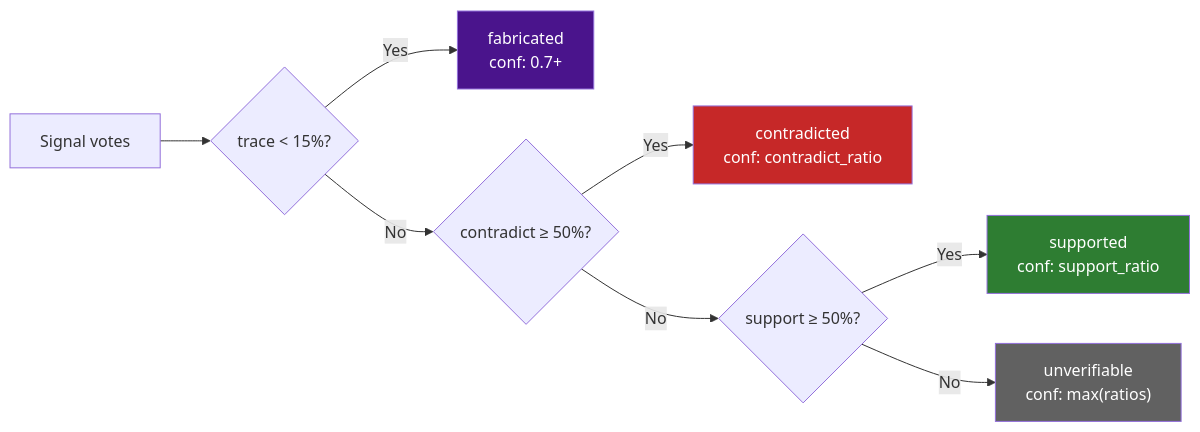
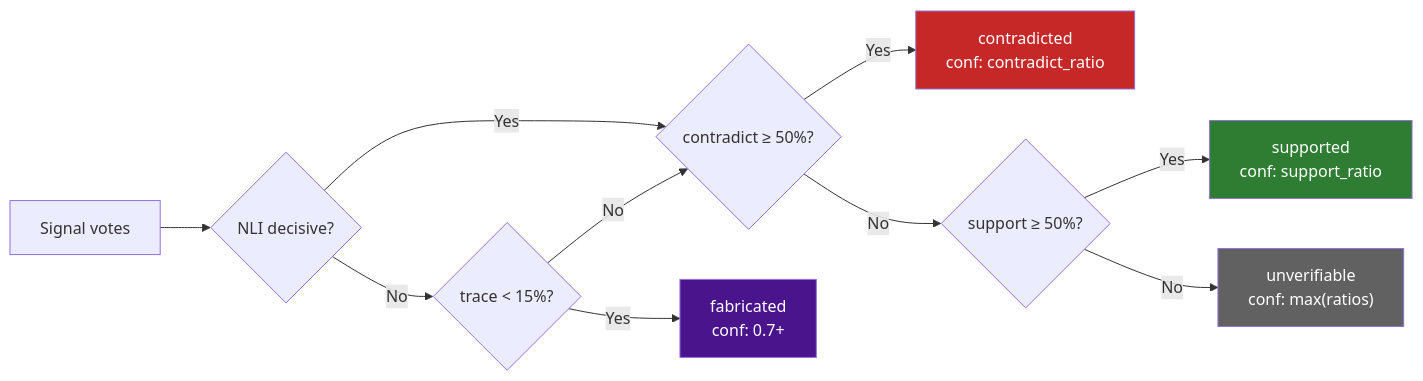
The second of 2 diagrams in docs-site/api/verified-scorer.md (anulum/director-ai), drawn with Mermaid before and after one commit. The commit also changed other lines of this file and 2 other files, not shown here.

````diff
--- a/docs-site/api/verified-scorer.md
+++ b/docs-site/api/verified-scorer.md
@@ -159,15 +177,17 @@
 ```mermaid
 graph LR
-    SIG["Signal votes"] --> CHK1{"trace < 15%?"}
+    SIG["Signal votes"] --> CHK0{"NLI decisive?"}
+    CHK0 -->|Yes| CHK2{"contradict ≥ 50%?"}
+    CHK0 -->|No| CHK1{"trace < 15%?"}
     CHK1 -->|Yes| FAB["fabricated<br/>conf: 0.7+"]
     CHK1 -->|No| CHK2{"contradict ≥ 50%?"}
     CHK2 -->|Yes| CON["contradicted<br/>conf: contradict_ratio"]
     CHK2 -->|No| CHK3{"support ≥ 50%?"}
     CHK3 -->|Yes| SUP["supported<br/>conf: support_ratio"]
     CHK3 -->|No| UNV["unverifiable<br/>conf: max(ratios)"]
 
     style FAB fill:#4a148c,color:#fff
     style CON fill:#c62828,color:#fff
     style SUP fill:#2e7d32,color:#fff
     style UNV fill:#616161,color:#fff
 ```
````
